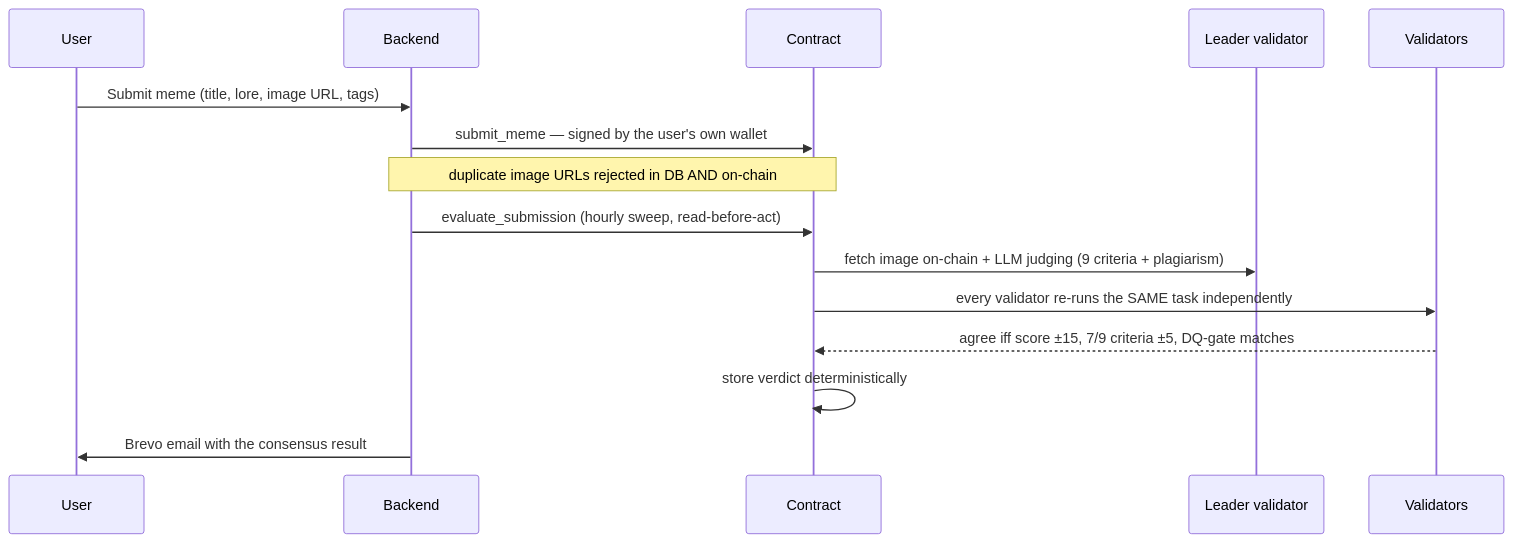
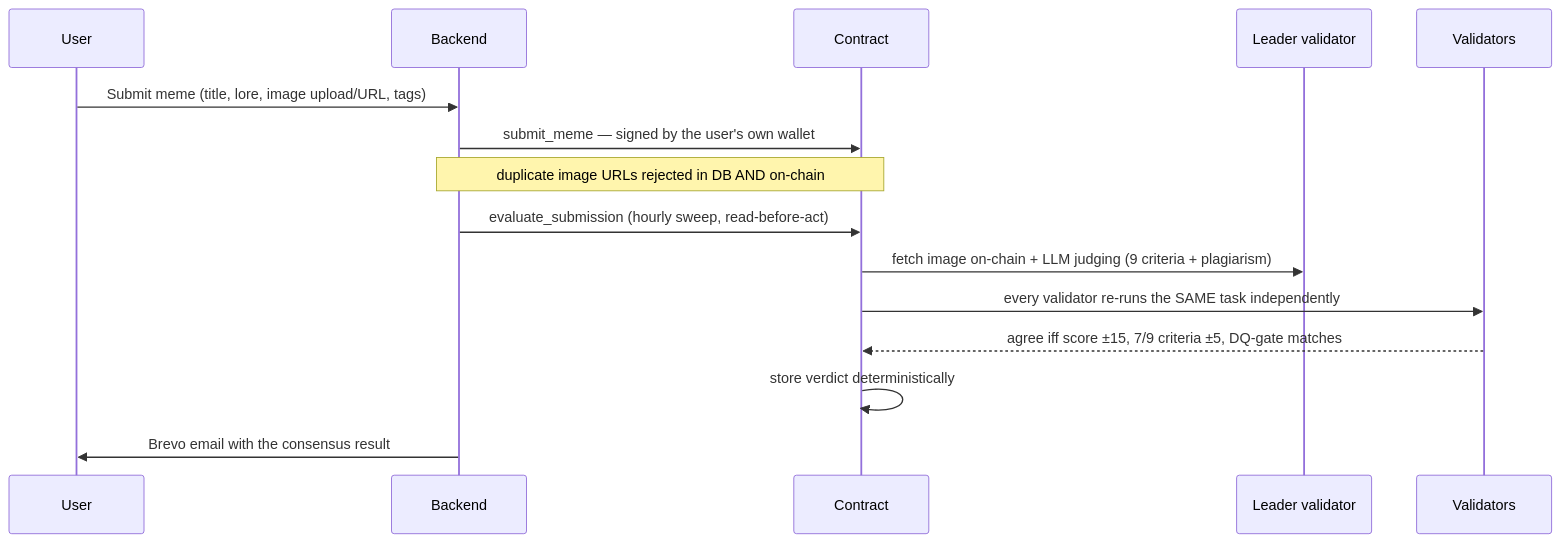
Before and after one commit to zoefunds/Meme-olympics: the second of 2 diagrams in README.md, drawn with Mermaid. The commit also changed other lines of this file, not shown here.

Commit message:
README: reflect first-party image hosting, disputes UI, arena selector, verified 24/7 + Redis reliability

````diff
--- a/README.md
+++ b/README.md
@@ -59,17 +62,17 @@
 ```mermaid
 sequenceDiagram
   participant U as User
   participant API as Backend
   participant C as Contract
   participant L as Leader validator
   participant V as Validators
-  U->>API: Submit meme (title, lore, image URL, tags)
+  U->>API: Submit meme (title, lore, image upload/URL, tags)
   API->>C: submit_meme — signed by the user's own wallet
   Note over API,C: duplicate image URLs rejected in DB AND on-chain
   API->>C: evaluate_submission (hourly sweep, read-before-act)
   C->>L: fetch image on-chain + LLM judging (9 criteria + plagiarism)
   C->>V: every validator re-runs the SAME task independently
   V-->>C: agree iff score ±15, 7/9 criteria ±5, DQ-gate matches
   C->>C: store verdict deterministically
   API->>U: Brevo email with the consensus result
 ```
````
